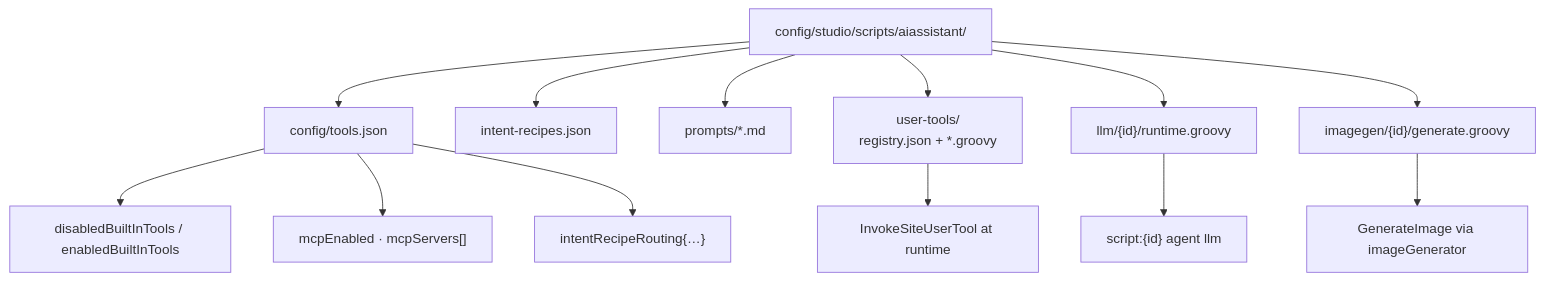
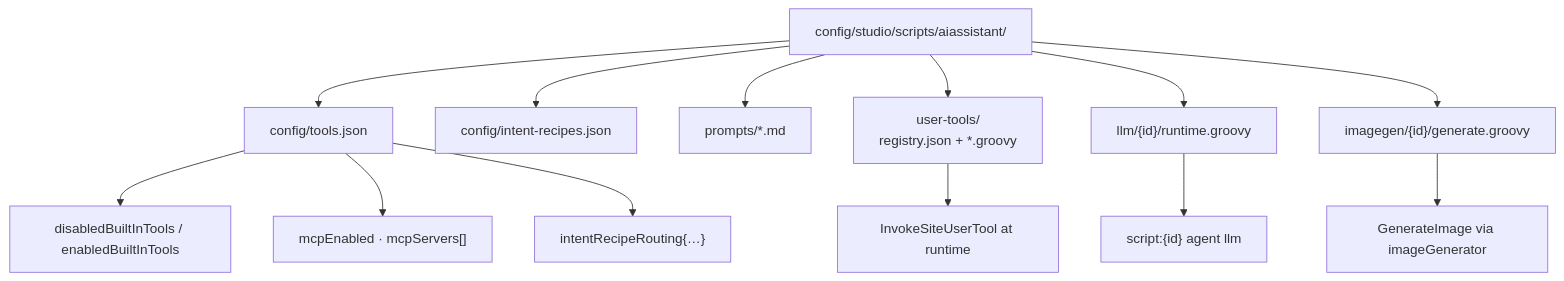
Before and after one commit to craftercms/ai-assistant-plugin: diagram 12 of 14 in docs/architecture-diagrams.md, drawn with Mermaid. The commit also changed other lines of this file and 30 other files, not shown here.

````diff
--- a/docs/architecture-diagrams.md
+++ b/docs/architecture-diagrams.md
@@ -425,18 +454,18 @@
 ```mermaid
 flowchart TB
   Root["config/studio/scripts/aiassistant/"]
   Root --> Config["config/tools.json"]
-  Root --> Recipes["intent-recipes.json"]
+  Root --> Recipes["config/intent-recipes.json"]
   Root --> Prompts["prompts/*.md"]
   Root --> UT["user-tools/\nregistry.json + *.groovy"]
   Root --> LLM["llm/{id}/runtime.groovy"]
   Root --> IMG["imagegen/{id}/generate.groovy"]
 
   Config --> Builtin["disabledBuiltInTools / enabledBuiltInTools"]
   Config --> MCP["mcpEnabled · mcpServers[]"]
   Config --> IRR["intentRecipeRouting{…}"]
 
   UT --> Invoke["InvokeSiteUserTool at runtime"]
   LLM --> ScriptLlm["script:{id} agent llm"]
   IMG --> GenImg["GenerateImage via imageGenerator"]
 ```
````
